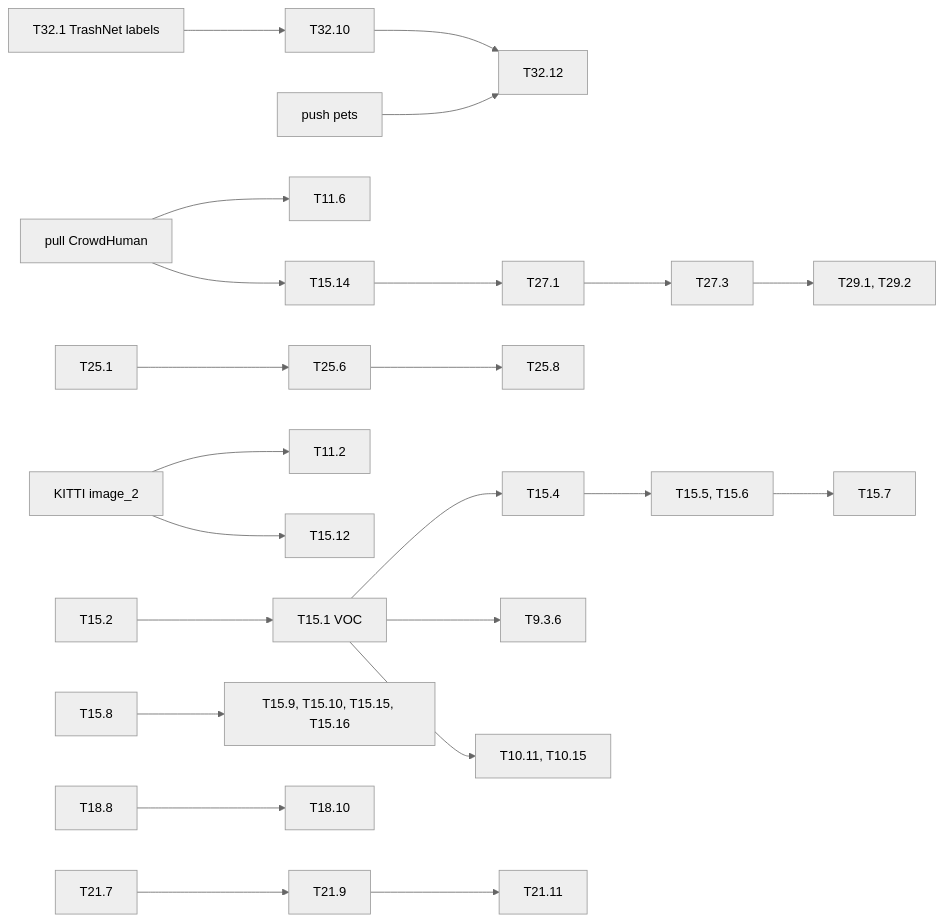
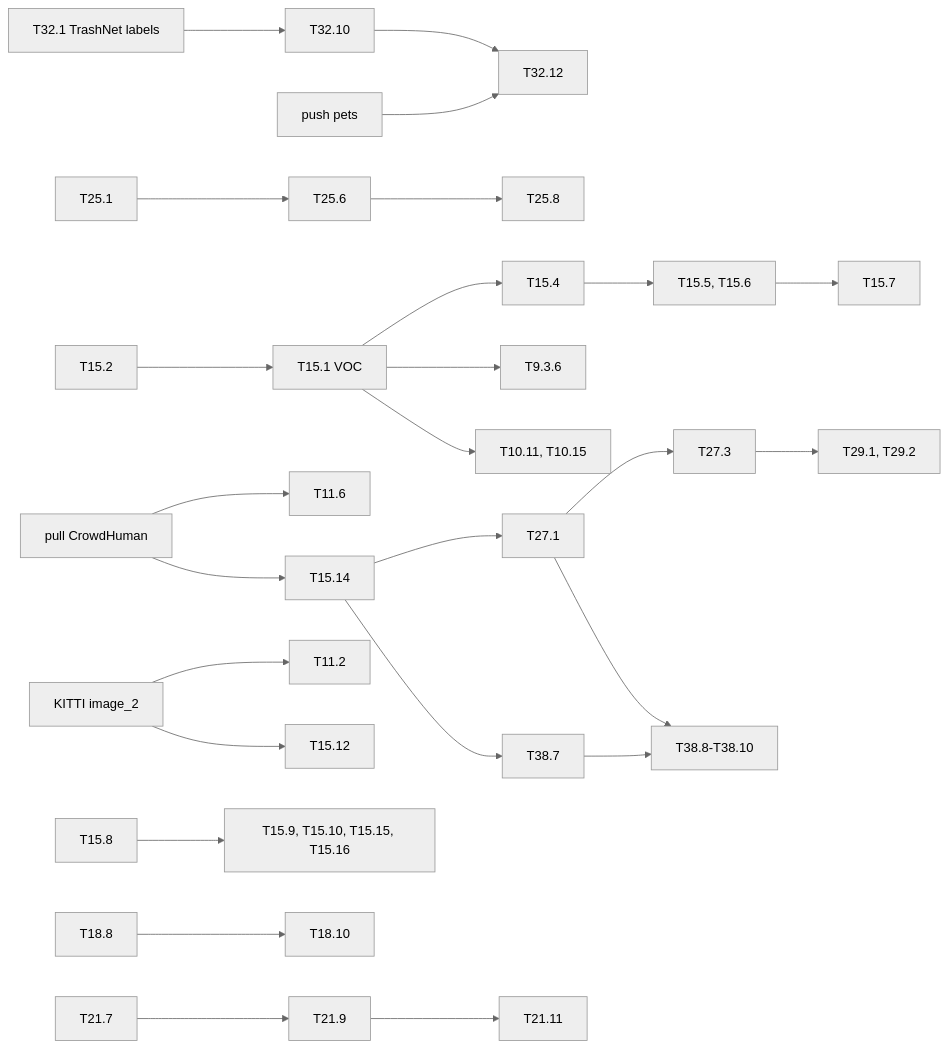
The diagram in docs/tasks/long-runs.md (lrivals/EmbeddedComputervision), drawn with Mermaid (neutral theme) before and after one commit. The commit also changed other lines of this file and 2 other files, not shown here.

````diff
--- a/docs/tasks/long-runs.md
+++ b/docs/tasks/long-runs.md
@@ -159,14 +161,16 @@
 ```mermaid
 graph LR
   T321["T32.1 TrashNet labels"] --> T3210[T32.10] --> T3212[T32.12]
   PETS["push pets"] --> T3212
   CH["pull CrowdHuman"] --> T116[T11.6] & T1514[T15.14]
   T1514 --> T271[T27.1] --> T273[T27.3] --> T29["T29.1, T29.2"]
   T251[T25.1] --> T256[T25.6] --> T258[T25.8]
   KITTI["KITTI image_2"] --> T112[T11.2] & T1512[T15.12]
   T152[T15.2] --> T151["T15.1 VOC"] --> T154[T15.4] --> T155["T15.5, T15.6"] --> T157[T15.7]
   T151 --> T936[T9.3.6] & T1011["T10.11, T10.15"]
   T158[T15.8] --> T159["T15.9, T15.10, T15.15, T15.16"]
   T188[T18.8] --> T1810[T18.10]
   T217[T21.7] --> T219[T21.9] --> T2111[T21.11]
+  T1514 --> T387[T38.7] --> T388["T38.8-T38.10"]
+  T271 --> T388
 ```
````
